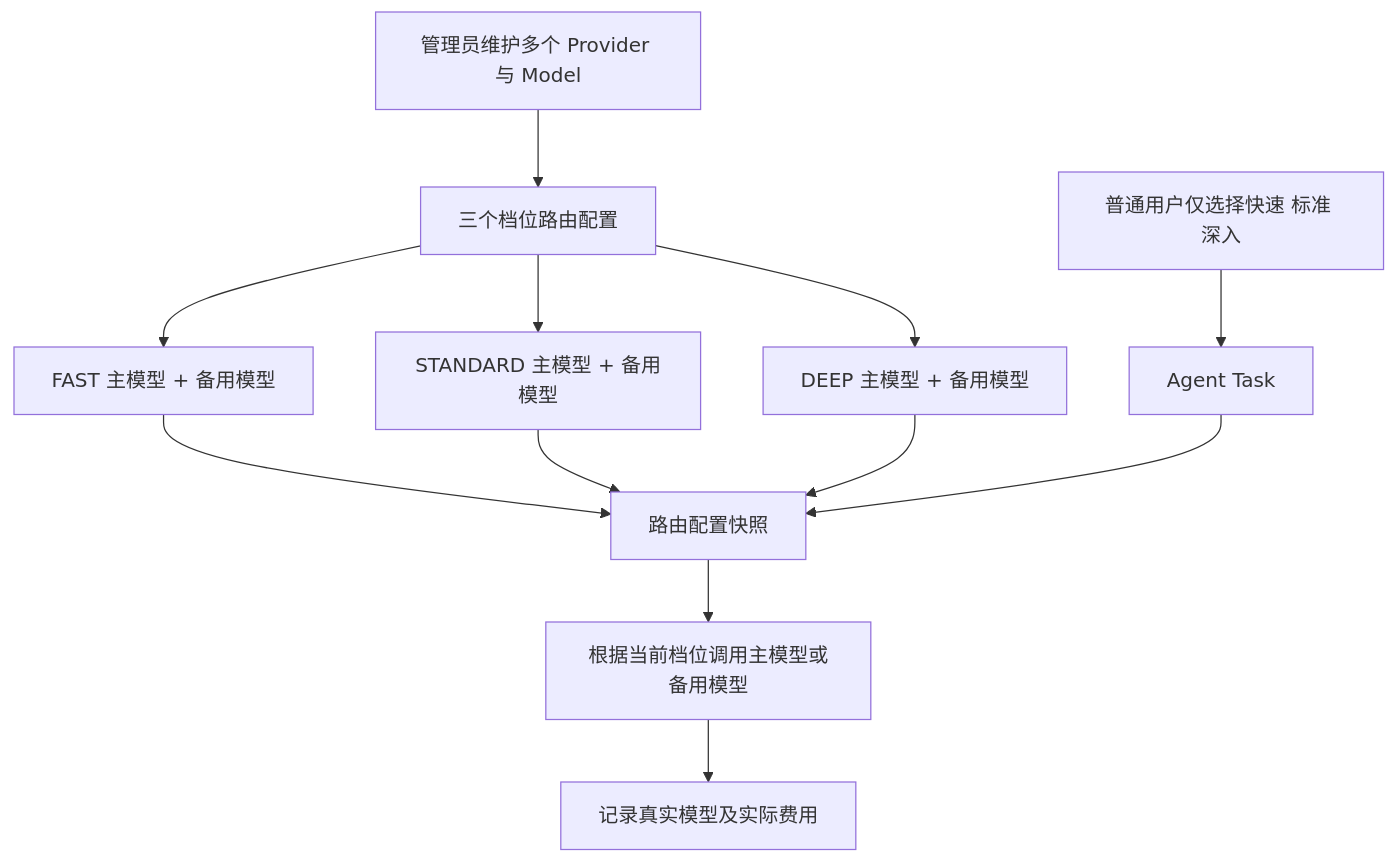
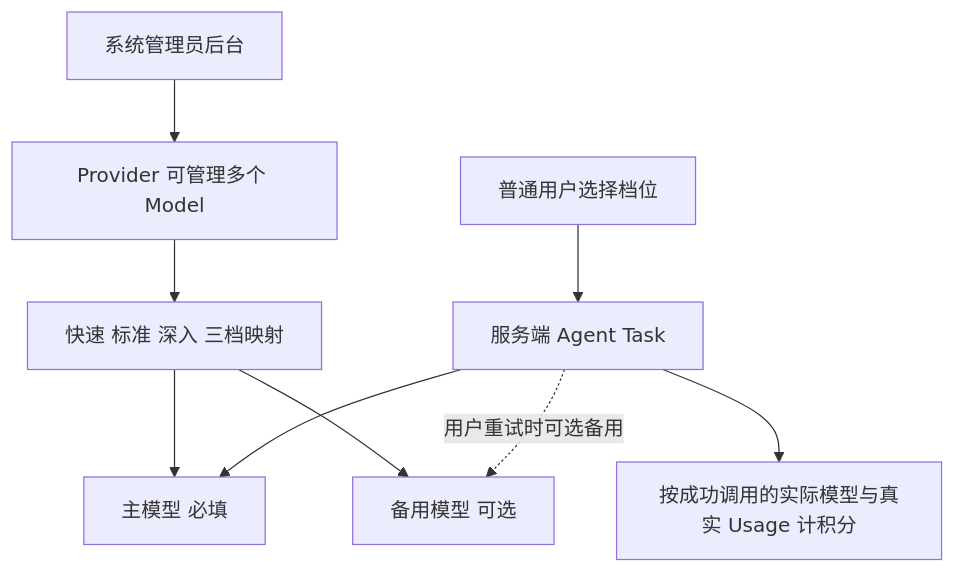
Before and after one commit to sxyq/mastergoods: the first of 3 diagrams in docs/system-design/07-Agent/01-模型提供商与模型配置.md, drawn with Mermaid. The commit also changed other lines of this file, not shown here.

Commit message:
docs(agent): simplify model configuration to user-approved routing, error and nominal-CNY points

```diff
--- a/docs/system-design/07-Agent/01-模型提供商与模型配置.md
+++ b/docs/system-design/07-Agent/01-模型提供商与模型配置.md
@@ -14,14 +26,11 @@
 ~~~mermaid
 flowchart TD
-    SA[管理员维护多个 Provider 与 Model] --> R[三个档位路由配置]
-    R --> F[FAST 主模型 + 备用模型]
-    R --> S[STANDARD 主模型 + 备用模型]
-    R --> D[DEEP 主模型 + 备用模型]
-    U[普通用户仅选择快速 标准 深入] --> T[Agent Task]
-    F --> SNAP[路由配置快照]
-    S --> SNAP
-    D --> SNAP
-    T --> SNAP
-    SNAP --> CALL[根据当前档位调用主模型或备用模型]
-    CALL --> LOG[记录真实模型及实际费用]
+    Admin[系统管理员后台] --> Provider[Provider 可管理多个 Model]
+    Provider --> Tier[快速 标准 深入 三档映射]
+    Tier --> Main[主模型 必填]
+    Tier --> Spare[备用模型 可选]
+    User[普通用户选择档位] --> Task[服务端 Agent Task]
+    Task --> Main
+    Task -.用户重试时可选备用.-> Spare
+    Task --> Cost[按成功调用的实际模型与真实 Usage 计积分]
 ~~~
```
